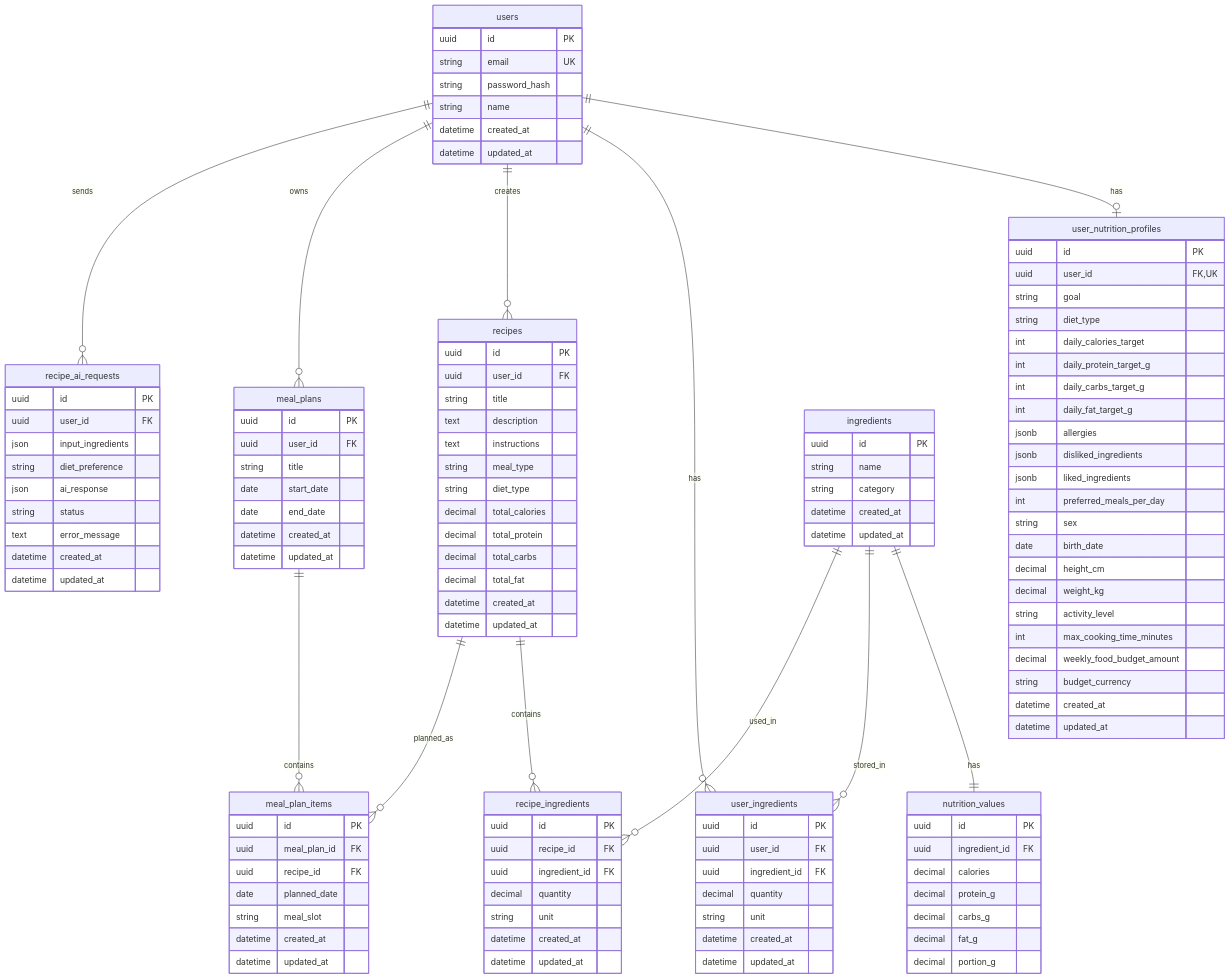
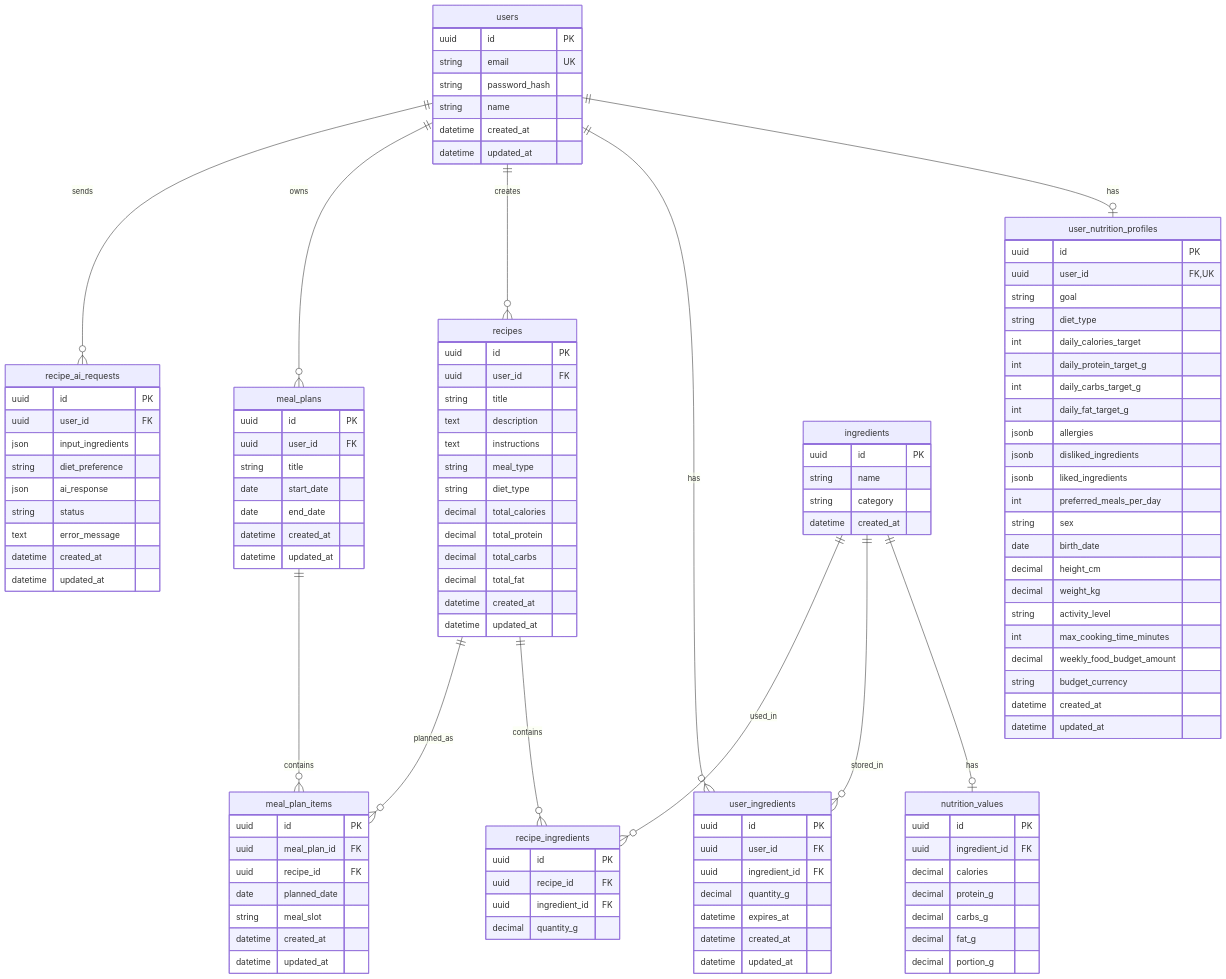
One commit to Pavel404-dev/Mealio changed the diagram in docs/database/erd.md. Above: the diagram before and after it, drawn with Mermaid. The commit also changed other lines of this file and 33 other files, not shown here.

```diff
--- a/docs/database/erd.md
+++ b/docs/database/erd.md
@@ -35,7 +35,7 @@
     users ||--o{ meal_plans : owns
     users ||--o{ recipe_ai_requests : sends
 
-    ingredients ||--|| nutrition_values : has
+    ingredients ||--o| nutrition_values : has
     ingredients ||--o{ user_ingredients : stored_in
     ingredients ||--o{ recipe_ingredients : used_in
 
@@ -83,7 +83,6 @@
         string name
         string category
         datetime created_at
-        datetime updated_at
     }
 
     nutrition_values {
@@ -100,8 +99,8 @@
         uuid id PK
         uuid user_id FK
         uuid ingredient_id FK
-        decimal quantity
-        string unit
+        decimal quantity_g
+        datetime expires_at
         datetime created_at
         datetime updated_at
     }
@@ -126,10 +125,7 @@
         uuid id PK
         uuid recipe_id FK
         uuid ingredient_id FK
-        decimal quantity
-        string unit
-        datetime created_at
-        datetime updated_at
+        decimal quantity_g
     }
 
     meal_plans {
```
